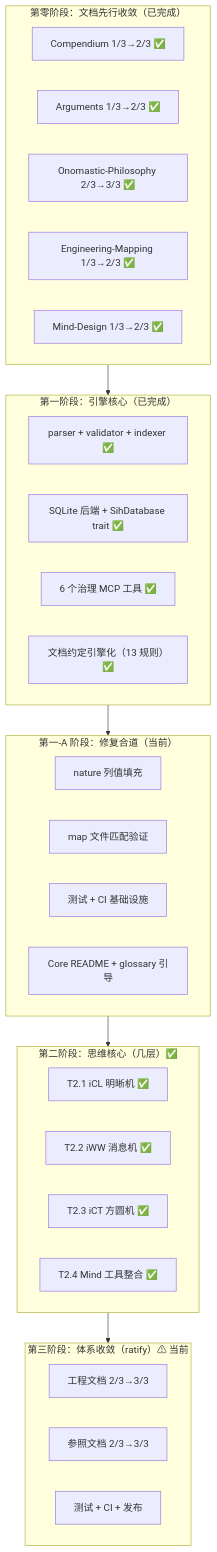
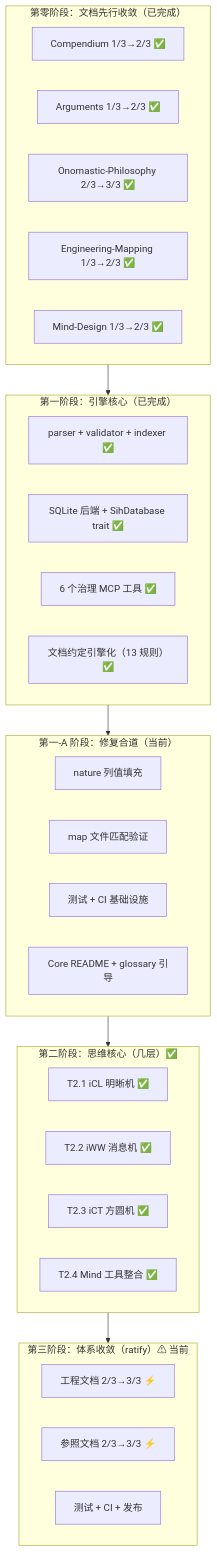
The second of 3 diagrams in docs/specs/engineering/SiHankor-Engine-Roadmap.sih.md (sgmov/sihankor), drawn with Mermaid before and after one commit. The commit also changed other lines of this file and 5 other files, not shown here.

````diff
--- a/docs/specs/engineering/SiHankor-Engine-Roadmap.sih.md
+++ b/docs/specs/engineering/SiHankor-Engine-Roadmap.sih.md
@@ -139,42 +140,42 @@
 ```mermaid
 flowchart TB
     subgraph Phase0["第零阶段：文档先行收敛（已完成）"]
         D0a["Compendium 1/3→2/3 ✅"]
         D0b["Arguments 1/3→2/3 ✅"]
         D0c["Onomastic-Philosophy 2/3→3/3 ✅"]
         D0d["Engineering-Mapping 1/3→2/3 ✅"]
         D0e["Mind-Design 1/3→2/3 ✅"]
     end
 
     subgraph Phase1["第一阶段：引擎核心（已完成）"]
         A1["parser + validator + indexer ✅"]
         A2["SQLite 后端 + SihDatabase trait ✅"]
         A3["6 个治理 MCP 工具 ✅"]
         A4["文档约定引擎化（13 规则）✅"]
     end
 
     subgraph Phase1a["第一-A 阶段：修复合道（当前）"]
         A5["nature 列值填充"]
         A6["map 文件匹配验证"]
         A7["测试 + CI 基础设施"]
         A8["Core README + glossary 引导"]
     end
 
     subgraph Phase2["第二阶段：思维核心（几层）✅"]
         B1["T2.1 iCL 明晰机 ✅"]
         B2["T2.2 iWW 消息机 ✅"]
         B3["T2.3 iCT 方圆机 ✅"]
         B4["T2.4 Mind 工具整合 ✅"]
     end
 
     subgraph Phase3["第三阶段：体系收敛（ratify）⚠ 当前"]
-        C1["工程文档 2/3→3/3"]
-        C2["参照文档 2/3→3/3"]
+        C1["工程文档 2/3→3/3 ⚡"]
+        C2["参照文档 2/3→3/3 ⚡"]
         C3["测试 + CI + 发布"]
     end
 
     Phase0 --> Phase1
     Phase1 --> Phase1a
     Phase1a --> Phase2
     Phase2 --> Phase3
 ```
````
